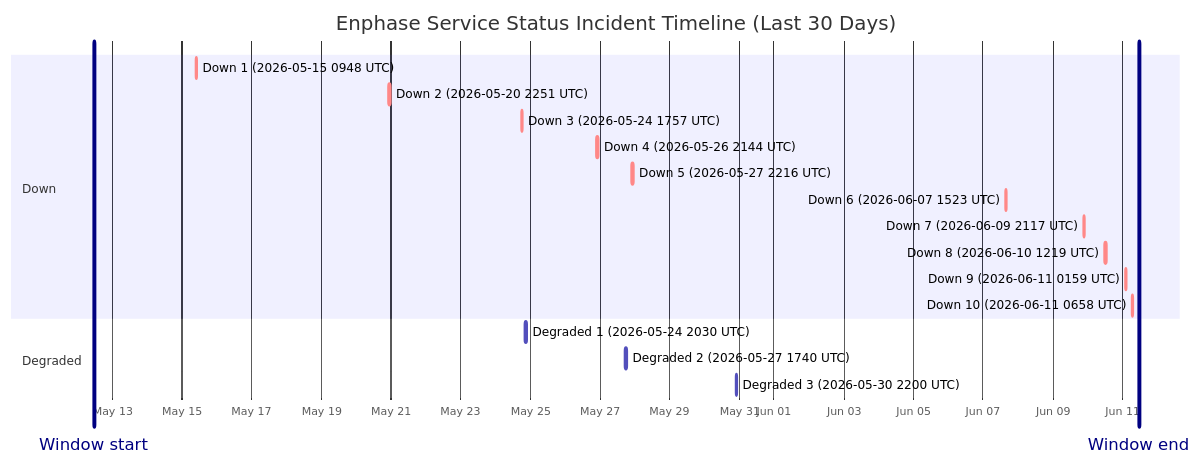
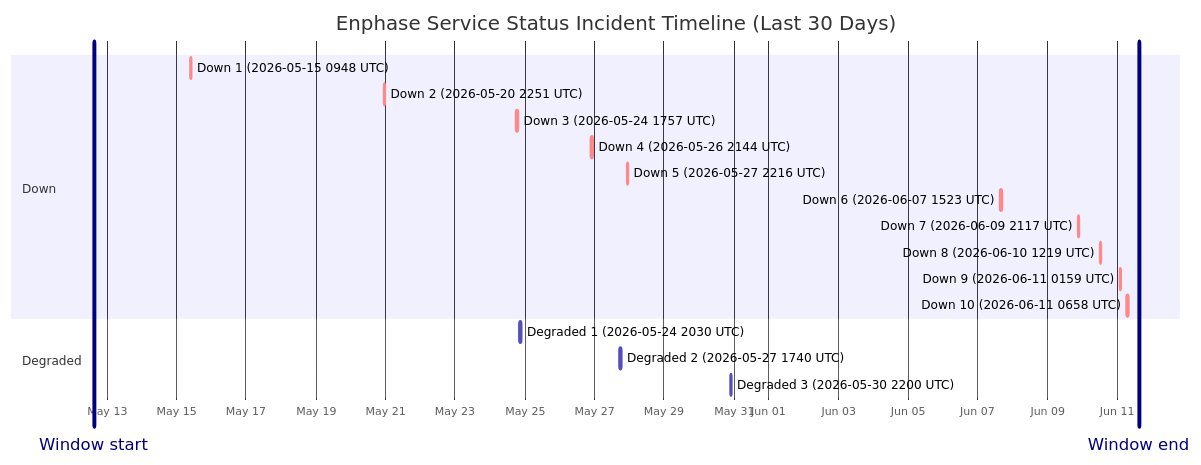
The diagram in wiki/Service-Status-History.md (barneyonline/ha-enphase-energy), drawn with Mermaid before and after one commit. The commit also changed other lines of this file and 3 other files, not shown here.

````diff
--- a/wiki/Service-Status-History.md
+++ b/wiki/Service-Status-History.md
@@ -14,23 +14,23 @@
 ```mermaid
 gantt
     title Enphase Service Status Incident Timeline (Last 30 Days)
     dateFormat  YYYY-MM-DDTHH:mm:ss
     axisFormat  %b %d
-    Window start :vert, window-start, 2026-05-12T11:26:49, 0ms
-    Window end :vert, window-end, 2026-06-11T11:26:49, 0ms
+    Window start :vert, window-start, 2026-05-12T15:03:35, 0ms
+    Window end :vert, window-end, 2026-06-11T15:03:35, 0ms
     section Down
     Down 1 (2026-05-15 0948 UTC) :crit, down-1, 2026-05-15T09:48:18, 60m
     Down 2 (2026-05-20 2251 UTC) :crit, down-2, 2026-05-20T22:51:14, 75m
     Down 3 (2026-05-24 1757 UTC) :crit, down-3, 2026-05-24T17:57:41, 86m
     Down 4 (2026-05-26 2144 UTC) :crit, down-4, 2026-05-26T21:44:11, 85m
     Down 5 (2026-05-27 2216 UTC) :crit, down-5, 2026-05-27T22:16:53, 87m
     Down 6 (2026-06-07 1523 UTC) :crit, down-6, 2026-06-07T15:23:22, 87m
     Down 7 (2026-06-09 2117 UTC) :crit, down-7, 2026-06-09T21:17:17, 60m
     Down 8 (2026-06-10 1219 UTC) :crit, down-8, 2026-06-10T12:19:21, 60m
     Down 9 (2026-06-11 0159 UTC) :crit, down-9, 2026-06-11T01:59:36, 60m
     Down 10 (2026-06-11 0658 UTC) :crit, down-10, 2026-06-11T06:58:45, 60m
     section Degraded
     Degraded 1 (2026-05-24 2030 UTC) :active, degraded-1, 2026-05-24T20:30:57, 84m
     Degraded 2 (2026-05-27 1740 UTC) :active, degraded-2, 2026-05-27T17:40:52, 60m
     Degraded 3 (2026-05-30 2200 UTC) :active, degraded-3, 2026-05-30T22:00:37, 60m
 ```
````
